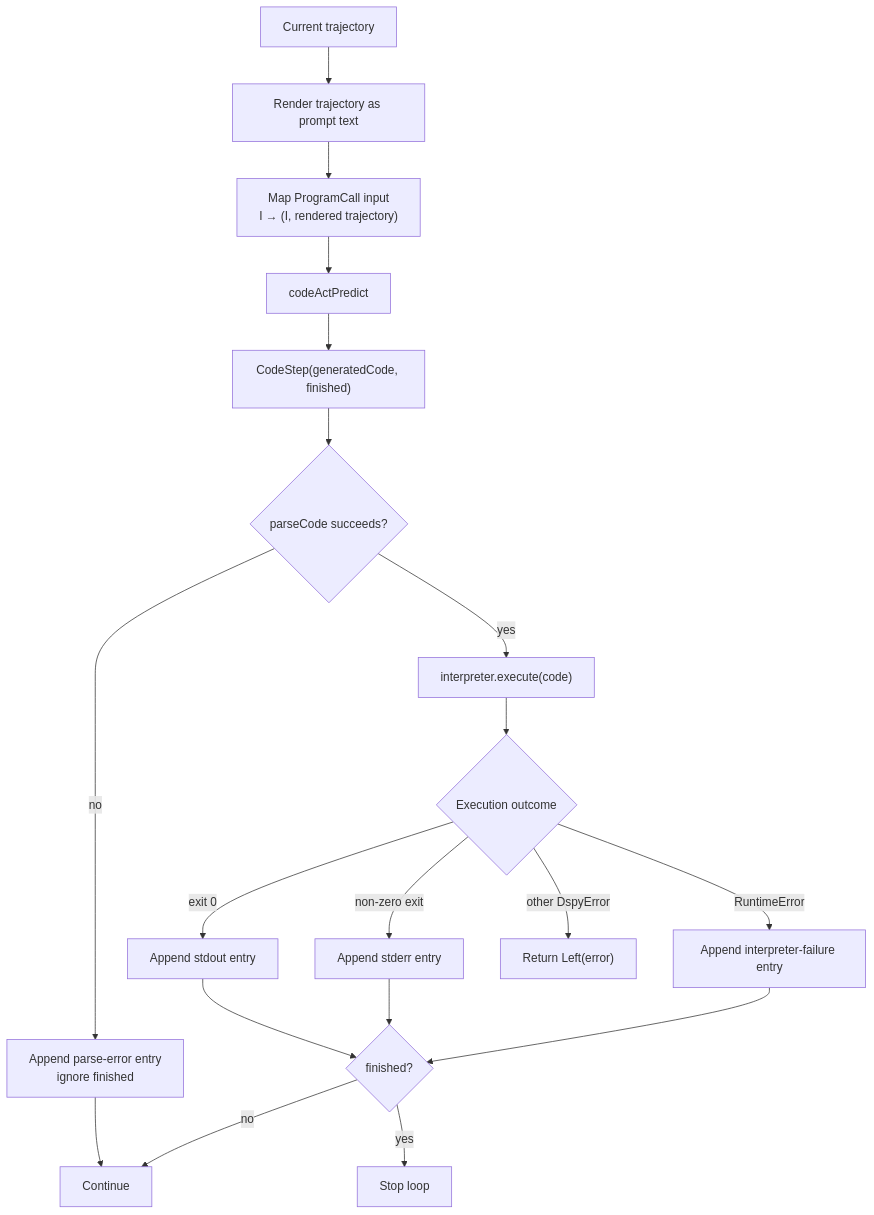
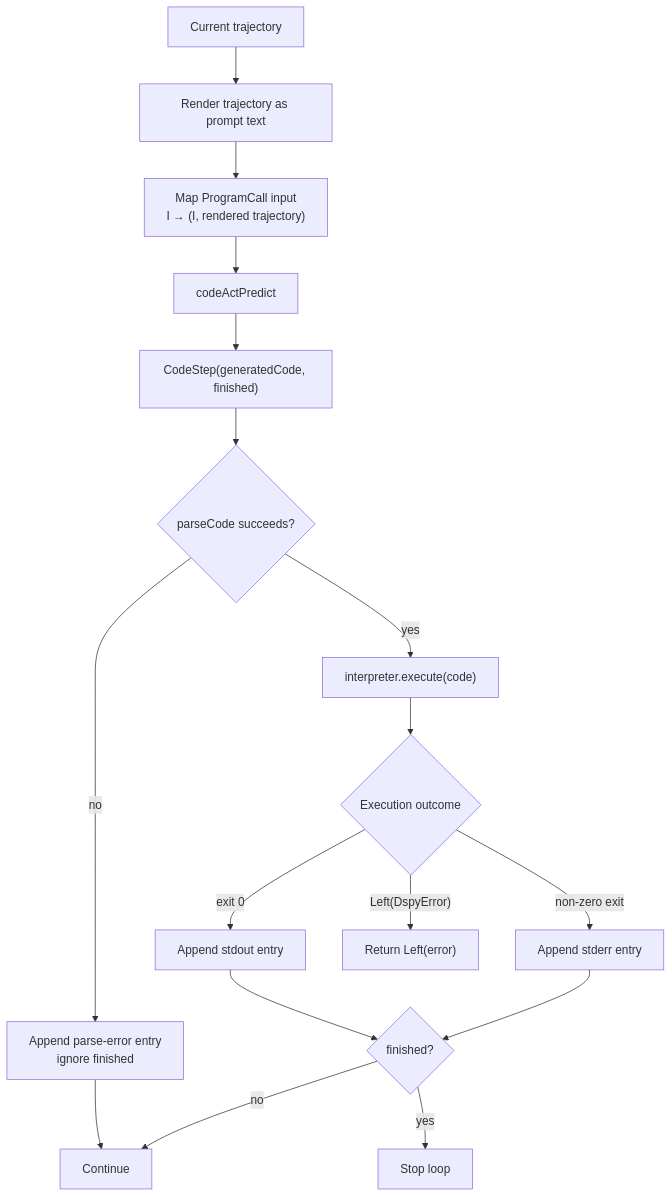
The second of 6 diagrams in modules/programs/src/main/scala/dspy4s/programs/strategies/CodeAct.md (jpablo/dspy4s), drawn with Mermaid before and after one commit. The commit also changed other lines of this file and 40 other files, not shown here.

````diff
--- a/modules/programs/src/main/scala/dspy4s/programs/strategies/CodeAct.md
+++ b/modules/programs/src/main/scala/dspy4s/programs/strategies/CodeAct.md
@@ -125,24 +125,22 @@
 ```mermaid
 flowchart TD
     state["Current trajectory"] --> render["Render trajectory as prompt text"]
     render --> map["Map ProgramCall input<br/>I → (I, rendered trajectory)"]
     map --> predict["codeActPredict"]
     predict --> step["CodeStep(generatedCode, finished)"]
     step --> parse{"parseCode succeeds?"}
 
     parse -->|"no"| parseError["Append parse-error entry<br/>ignore finished"]
     parseError --> continue["Continue"]
 
     parse -->|"yes"| execute["interpreter.execute(code)"]
     execute --> outcome{"Execution outcome"}
     outcome -->|"exit 0"| stdout["Append stdout entry"]
     outcome -->|"non-zero exit"| userError["Append stderr entry"]
-    outcome -->|"RuntimeError"| runtimeObservation["Append interpreter-failure entry"]
-    outcome -->|"other DspyError"| abort["Return Left(error)"]
+    outcome -->|"Left(DspyError)"| abort["Return Left(error)"]
 
     stdout --> finish{"finished?"}
     userError --> finish
-    runtimeObservation --> finish
     finish -->|"yes"| done["Stop loop"]
     finish -->|"no"| continue
 ```
````
